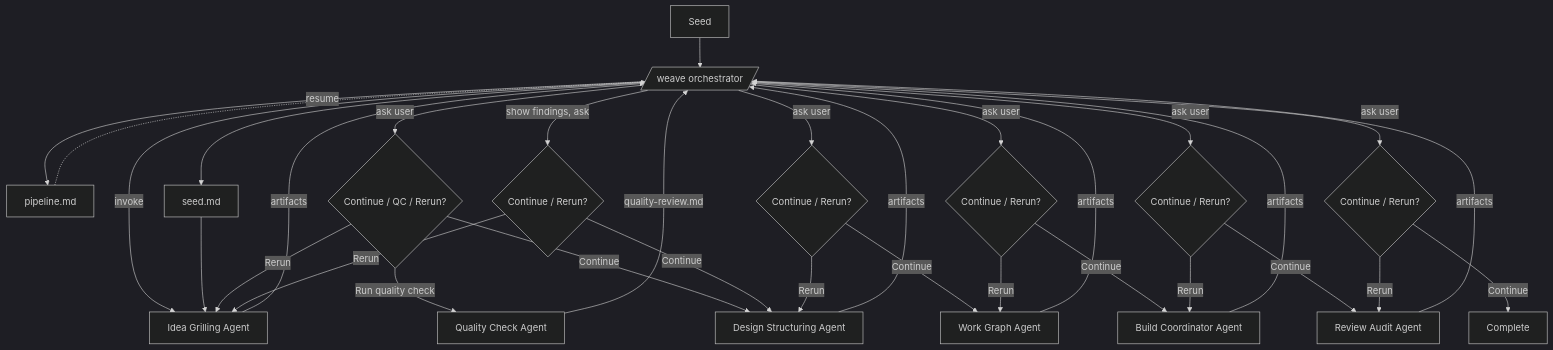
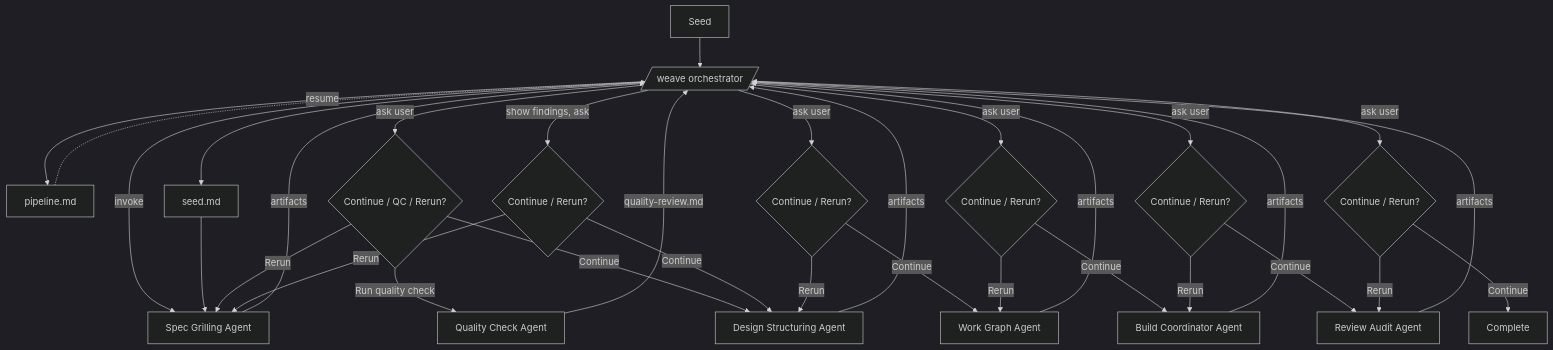
One commit to Zuhlek/loom changed the diagram in docs/overview.md. Above: the diagram before and after it, drawn with Mermaid (dark theme). The commit also changed other lines of this file and 41 other files, not shown here.

````diff
--- a/docs/overview.md
+++ b/docs/overview.md
@@ -43,40 +43,40 @@
 ```mermaid
 flowchart TD
     A[Seed] --> B[/weave orchestrator/]
     B --> C[pipeline.md]
     B --> D[seed.md]
 
-    B -- invoke --> E[Idea Grilling Agent]
+    B -- invoke --> E[Spec Grilling Agent]
     D --> E
     E -- artifacts --> B
     B -- ask user --> U1{Continue / QC / Rerun?}
     U1 -- Run quality check --> F[Quality Check Agent]
     F -- quality-review.md --> B
     B -- show findings, ask --> U2{Continue / Rerun?}
     U1 -- Rerun --> E
     U2 -- Rerun --> E
     U1 -- Continue --> G[Design Structuring Agent]
     U2 -- Continue --> G
 
     G -- artifacts --> B
     B -- ask user --> U3{Continue / Rerun?}
     U3 -- Rerun --> G
     U3 -- Continue --> I[Work Graph Agent]
 
     I -- artifacts --> B
     B -- ask user --> U4{Continue / Rerun?}
     U4 -- Rerun --> I
     U4 -- Continue --> K[Build Coordinator Agent]
 
     K -- artifacts --> B
     B -- ask user --> U5{Continue / Rerun?}
     U5 -- Rerun --> K
     U5 -- Continue --> M[Review Audit Agent]
 
     M -- artifacts --> B
     B -- ask user --> U6{Continue / Rerun?}
     U6 -- Rerun --> M
     U6 -- Continue --> O[Complete]
 
     C -. resume .-> B
 ```
````
